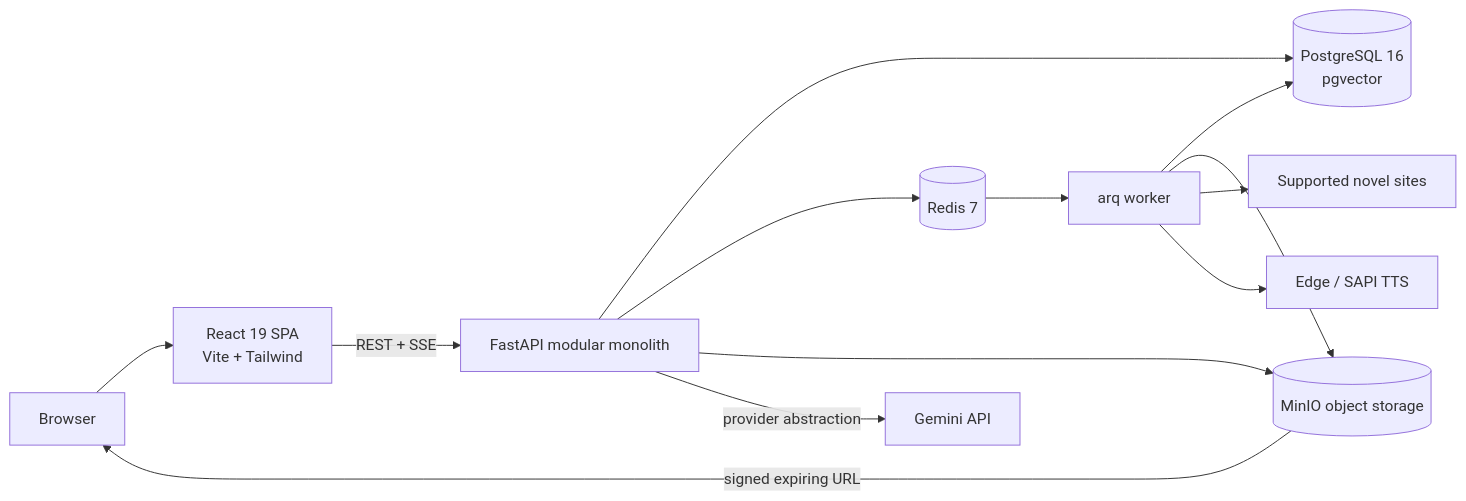
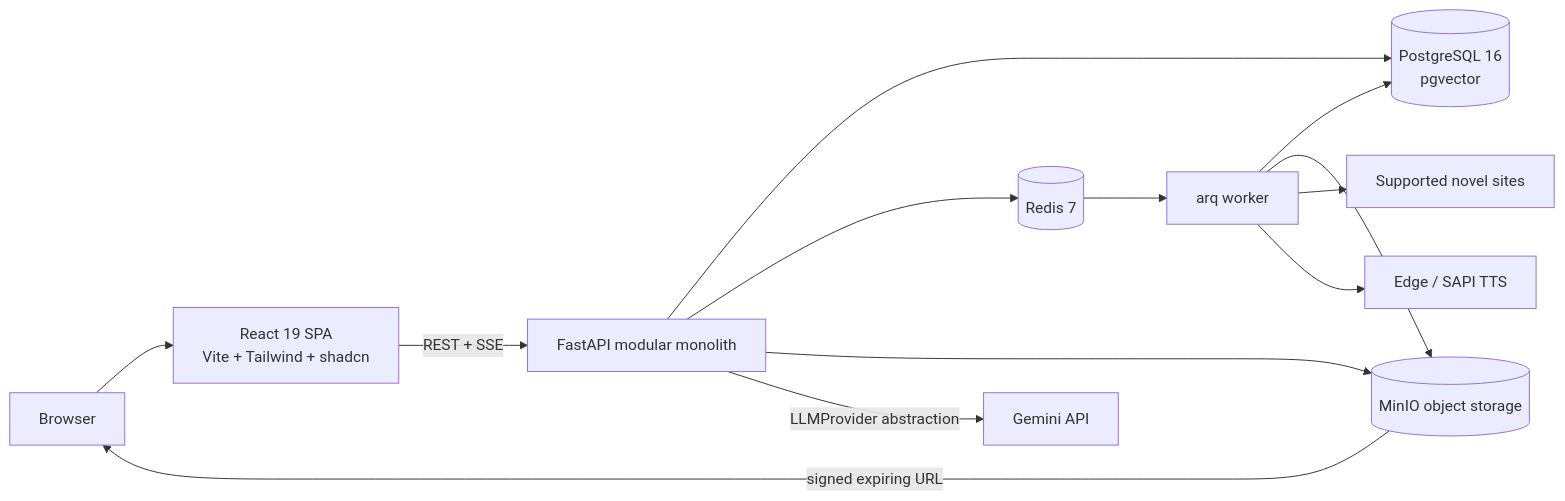
One commit to EladWebiks/Read-To-Me-V3-RTMLLM changed the first of 3 diagrams in README.md. Above: the diagram before and after it, drawn with Mermaid. The commit also changed other lines of this file and 23 other files, not shown here.

````diff
--- a/README.md
+++ b/README.md
@@ -110,18 +254,18 @@
 ```mermaid
 flowchart LR
-    User[Browser] --> Web[React 19 SPA<br/>Vite + Tailwind]
+    User[Browser] --> Web[React 19 SPA<br/>Vite + Tailwind + shadcn]
     Web -->|REST + SSE| API[FastAPI modular monolith]
 
     API --> PG[(PostgreSQL 16<br/>pgvector)]
     API --> Redis[(Redis 7)]
     API --> MinIO[(MinIO object storage)]
-    API -->|provider abstraction| Gemini[Gemini API]
+    API -->|LLMProvider abstraction| Gemini[Gemini API]
 
     Redis --> Worker[arq worker]
     Worker --> PG
     Worker --> MinIO
     Worker --> Sources[Supported novel sites]
     Worker --> TTS[Edge / SAPI TTS]
 
     MinIO -->|signed expiring URL| User
 ```
````
